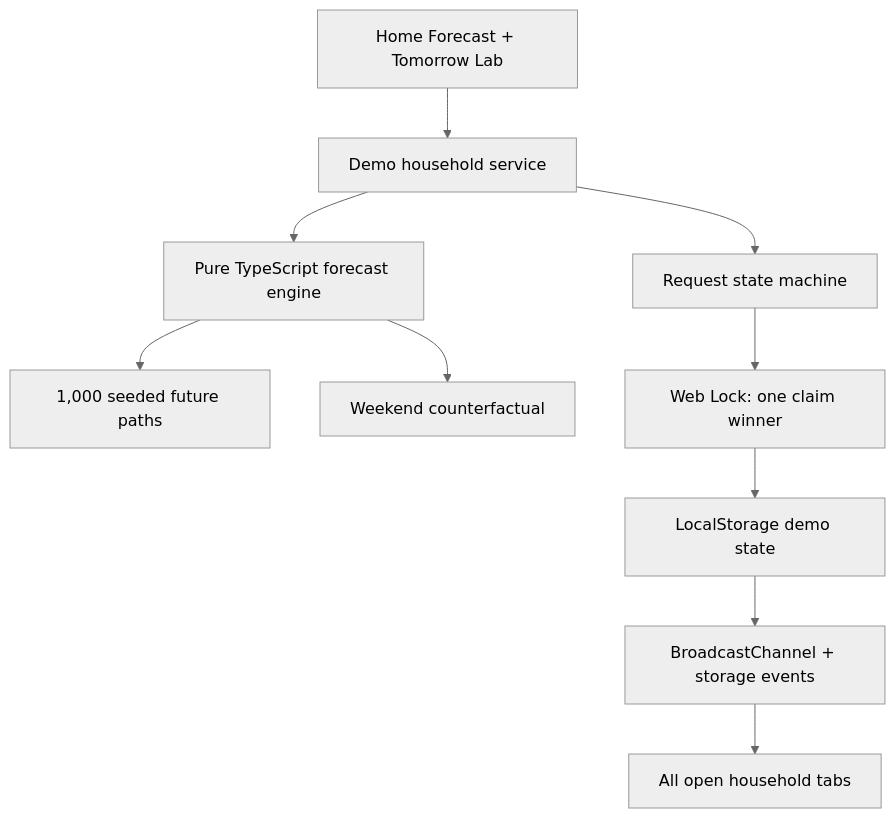
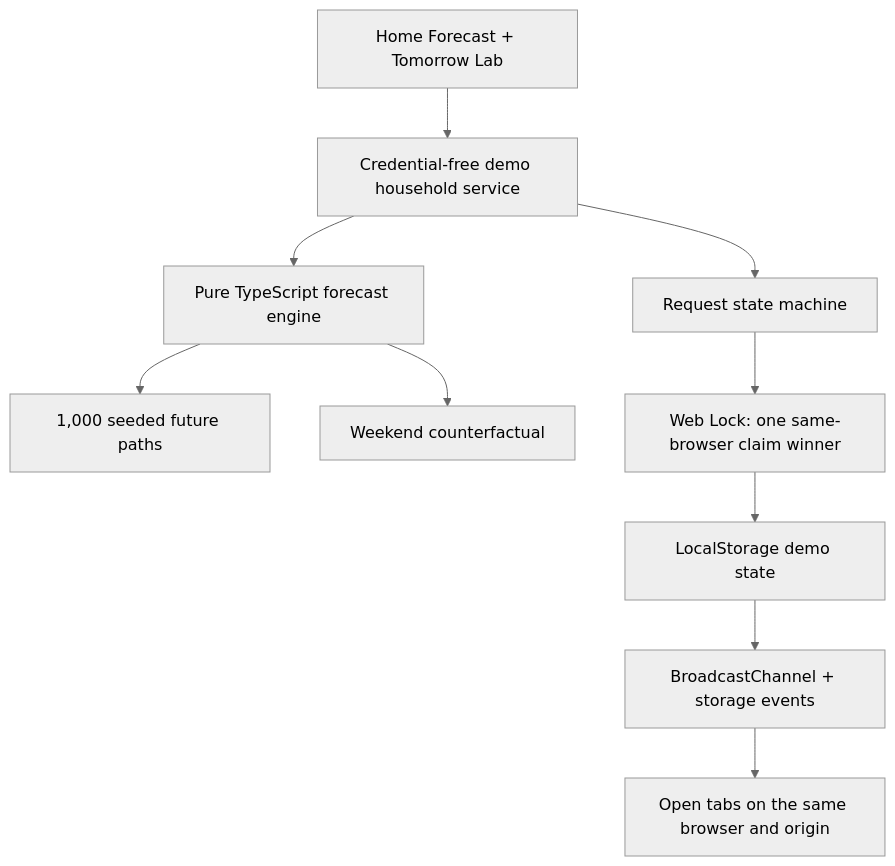
One commit to yo4e/Milk-Tomorrow changed the diagram in README.md. Above: the diagram before and after it, drawn with Mermaid (neutral theme). The commit also changed other lines of this file and 8 other files, not shown here.

````diff
--- a/README.md
+++ b/README.md
@@ -86,12 +83,12 @@
 ```mermaid
 flowchart TD
-  UI[Home Forecast + Tomorrow Lab] --> Demo[Demo household service]
+  UI[Home Forecast + Tomorrow Lab] --> Demo[Credential-free demo household service]
   Demo --> Forecast[Pure TypeScript forecast engine]
   Forecast --> MC[1,000 seeded future paths]
   Forecast --> Counterfactual[Weekend counterfactual]
   Demo --> Coordination[Request state machine]
-  Coordination --> Lock[Web Lock: one claim winner]
+  Coordination --> Lock[Web Lock: one same-browser claim winner]
   Lock --> Storage[LocalStorage demo state]
   Storage --> Channel[BroadcastChannel + storage events]
-  Channel --> Tabs[All open household tabs]
+  Channel --> Tabs[Open tabs on the same browser and origin]
 ```
````
